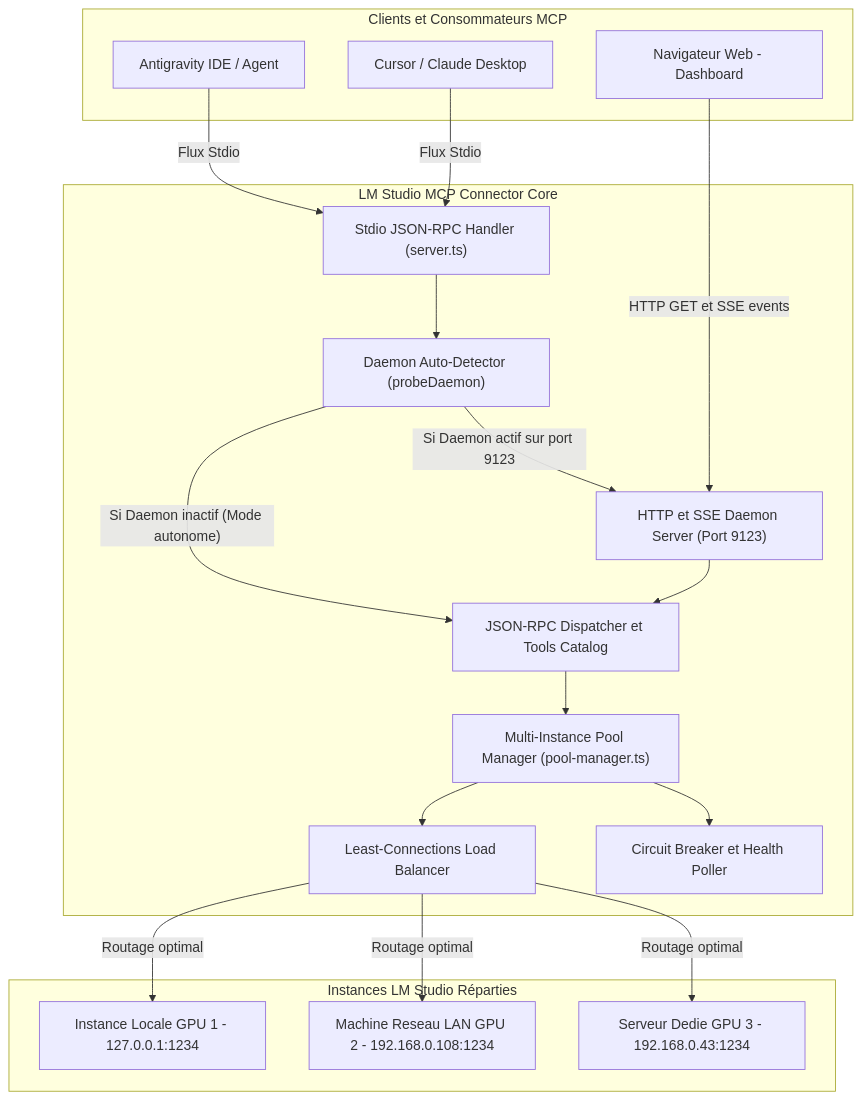
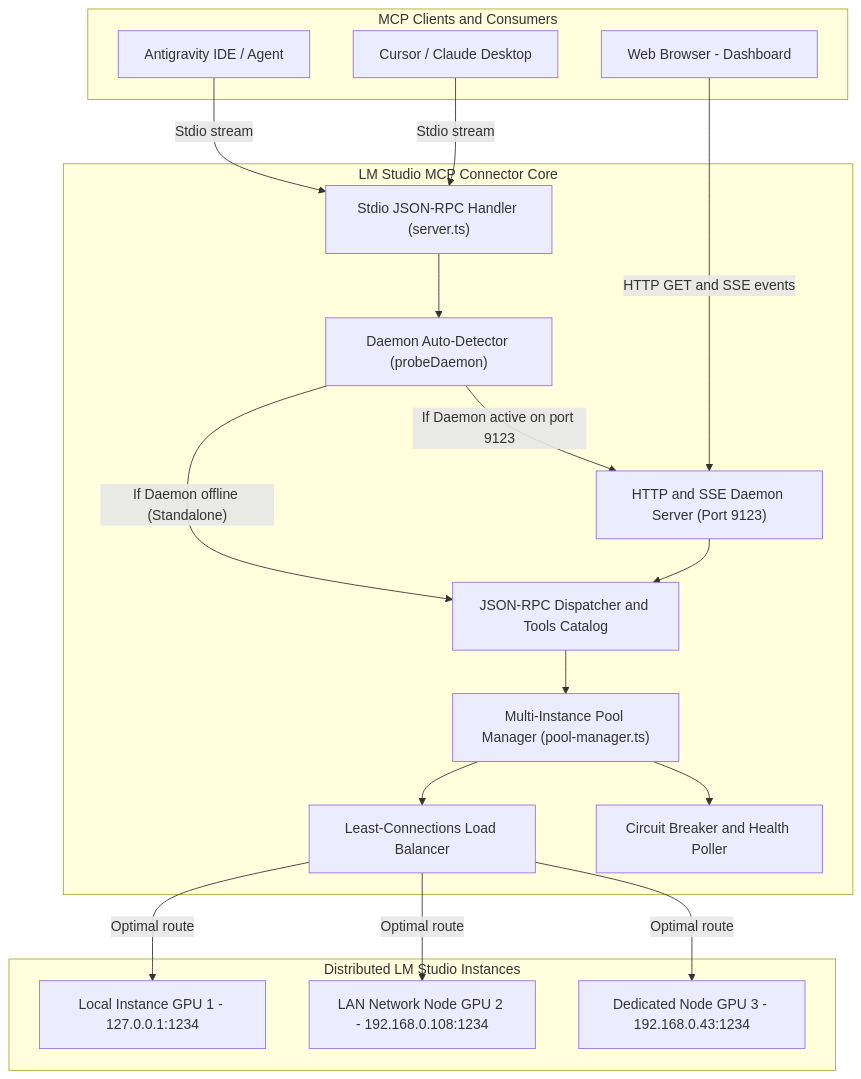
The diagram in wiki/Architecture-v2.md (Philippe1964/LMStudio_MCP_Connector), drawn with Mermaid before and after one commit. The commit also changed other lines of this file and 31 other files, not shown here.

````diff
--- a/wiki/Architecture-v2.md
+++ b/wiki/Architecture-v2.md
@@ -11,40 +11,40 @@
 ```mermaid
 flowchart TD
-    subgraph Clients["Clients et Consommateurs MCP"]
+    subgraph Clients["MCP Clients and Consumers"]
         AGY["Antigravity IDE / Agent"]
         IDE["Cursor / Claude Desktop"]
-        NAV["Navigateur Web - Dashboard"]
+        NAV["Web Browser - Dashboard"]
     end
 
     subgraph Connector["LM Studio MCP Connector Core"]
         Bridge["Stdio JSON-RPC Handler (server.ts)"]
         Probe["Daemon Auto-Detector (probeDaemon)"]
-        Daemon["HTTP et SSE Daemon Server (Port 9123)"]
-        Router["JSON-RPC Dispatcher et Tools Catalog"]
+        Daemon["HTTP and SSE Daemon Server (Port 9123)"]
+        Router["JSON-RPC Dispatcher and Tools Catalog"]
         Pool["Multi-Instance Pool Manager (pool-manager.ts)"]
         LB["Least-Connections Load Balancer"]
-        CB["Circuit Breaker et Health Poller"]
+        CB["Circuit Breaker and Health Poller"]
     end
 
-    subgraph Cluster["Instances LM Studio Réparties"]
-        LM1["Instance Locale GPU 1 - 127.0.0.1:1234"]
-        LM2["Machine Reseau LAN GPU 2 - 192.168.0.108:1234"]
-        LM3["Serveur Dedie GPU 3 - 192.168.0.43:1234"]
+    subgraph Cluster["Distributed LM Studio Instances"]
+        LM1["Local Instance GPU 1 - 127.0.0.1:1234"]
+        LM2["LAN Network Node GPU 2 - 192.168.0.108:1234"]
+        LM3["Dedicated Node GPU 3 - 192.168.0.43:1234"]
     end
 
-    AGY -->|"Flux Stdio"| Bridge
-    IDE -->|"Flux Stdio"| Bridge
+    AGY -->|"Stdio stream"| Bridge
+    IDE -->|"Stdio stream"| Bridge
     Bridge --> Probe
-    Probe -->|"Si Daemon actif sur port 9123"| Daemon
-    Probe -->|"Si Daemon inactif (Mode autonome)"| Router
+    Probe -->|"If Daemon active on port 9123"| Daemon
+    Probe -->|"If Daemon offline (Standalone)"| Router
 
-    NAV -->|"HTTP GET et SSE events"| Daemon
+    NAV -->|"HTTP GET and SSE events"| Daemon
 
     Daemon --> Router
     Router --> Pool
     Pool --> LB
     Pool --> CB
-    LB -->|"Routage optimal"| LM1
-    LB -->|"Routage optimal"| LM2
-    LB -->|"Routage optimal"| LM3
+    LB -->|"Optimal route"| LM1
+    LB -->|"Optimal route"| LM2
+    LB -->|"Optimal route"| LM3
 ```
````
